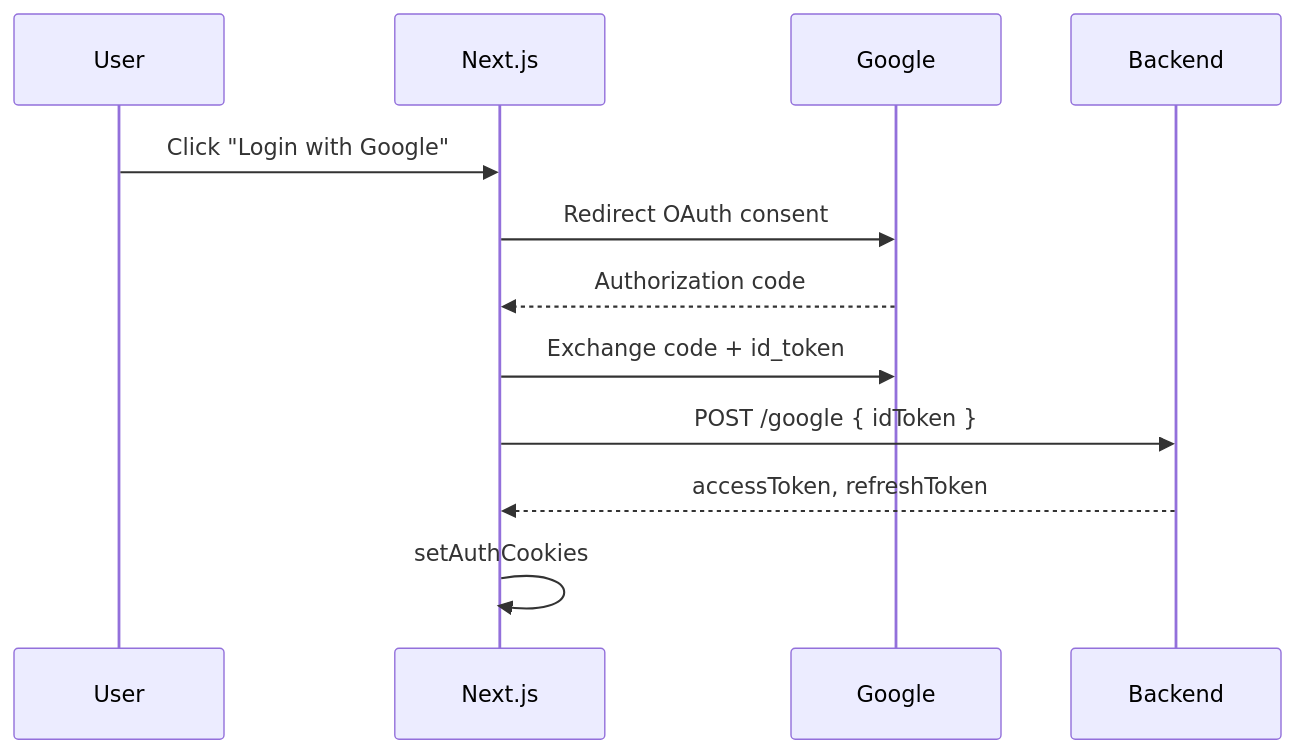
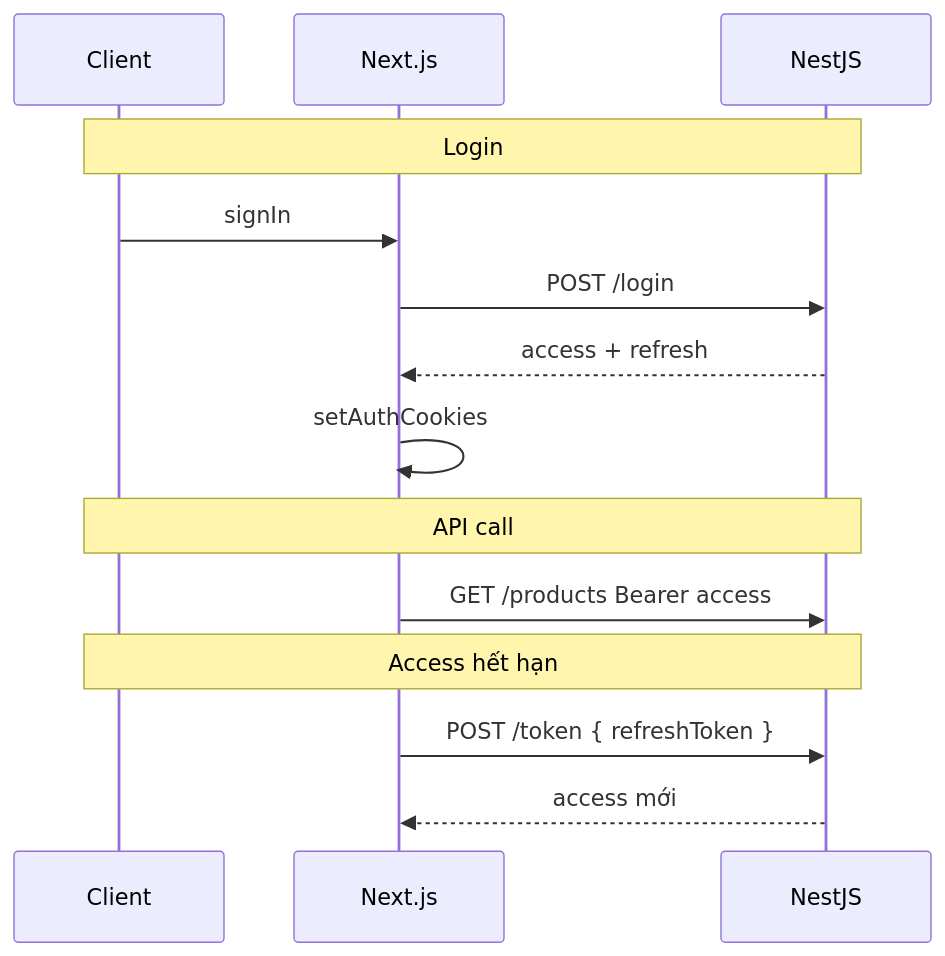
Before and after one commit to Tranloi2k/Become-A-Frontend-Developer: the diagram in NextJS/7. Authentication - Tong quan.md, drawn with Mermaid. The commit also changed other lines of this file and 34 other files, not shown here.

````diff
--- a/NextJS/7. Authentication - Tong quan.md
+++ b/NextJS/7. Authentication - Tong quan.md
@@ -56,15 +89,19 @@
 ```mermaid
 sequenceDiagram
-  participant U as User
-  participant App as Next.js
-  participant G as Google
-  participant API as Backend
+  participant C as Client
+  participant N as Next.js
+  participant API as NestJS
 
-  U->>App: Click "Login with Google"
-  App->>G: Redirect OAuth consent
-  G-->>App: Authorization code
-  App->>G: Exchange code + id_token
-  App->>API: POST /google { idToken }
-  API-->>App: accessToken, refreshToken
-  App->>App: setAuthCookies
+  Note over C,API: Login
+  C->>N: signIn
+  N->>API: POST /login
+  API-->>N: access + refresh
+  N->>N: setAuthCookies
+
+  Note over C,API: API call
+  N->>API: GET /products Bearer access
+
+  Note over C,API: Access hết hạn
+  N->>API: POST /token { refreshToken }
+  API-->>N: access mới
 ```
````
